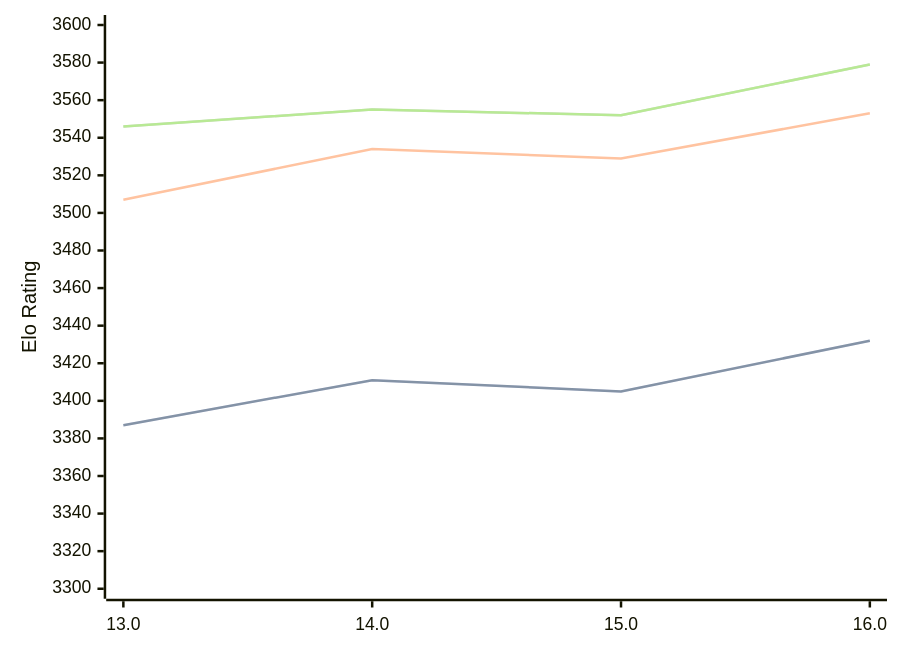
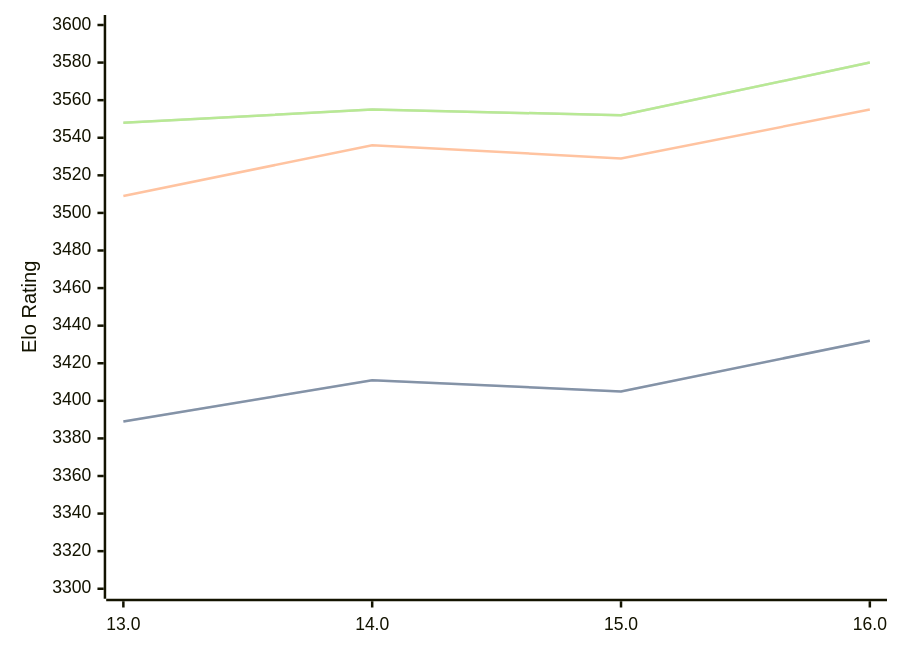
Before and after one commit to computer-chess-index/cci: the diagram in engines/Obsidian.md, drawn with Mermaid. The commit also changed other lines of this file, not shown here.

Commit message:
Update CCI Ratings (ELO VLTC) - 2026-08-21

````diff
--- a/engines/Obsidian.md
+++ b/engines/Obsidian.md
@@ -34,11 +34,11 @@
 ```mermaid
 %%{init: {"theme":"base","themeVariables":{"seriesColors:['#a3a3a3','#222221','#faa371']}}}%%
 xychart-beta
   x-axis ["13.0", "14.0", "15.0", "16.0"]
   y-axis "Elo Rating" 3300 --> 3600
-  line "STC (8.0+0.08s)" [3387, 3411, 3405, 3432]
-  line "STC (8.0+0.08s)" [3387, 3411, 3405, 3432]
-  line "LTC (60.0+0.60s)" [3507, 3534, 3529, 3553]
-  line "VLTC (2m24s+1.12s)" [3546, 3555, 3552, 3579]
-  line "VLTC (2m24s+1.12s)" [3546, 3555, 3552, 3579]
+  line "STC (8.0+0.08s)" [3389, 3411, 3405, 3432]
+  line "STC (8.0+0.08s)" [3389, 3411, 3405, 3432]
+  line "LTC (60.0+0.60s)" [3509, 3536, 3529, 3555]
+  line "VLTC (2m24s+1.12s)" [3548, 3555, 3552, 3580]
+  line "VLTC (2m24s+1.12s)" [3548, 3555, 3552, 3580]
 ```
````
